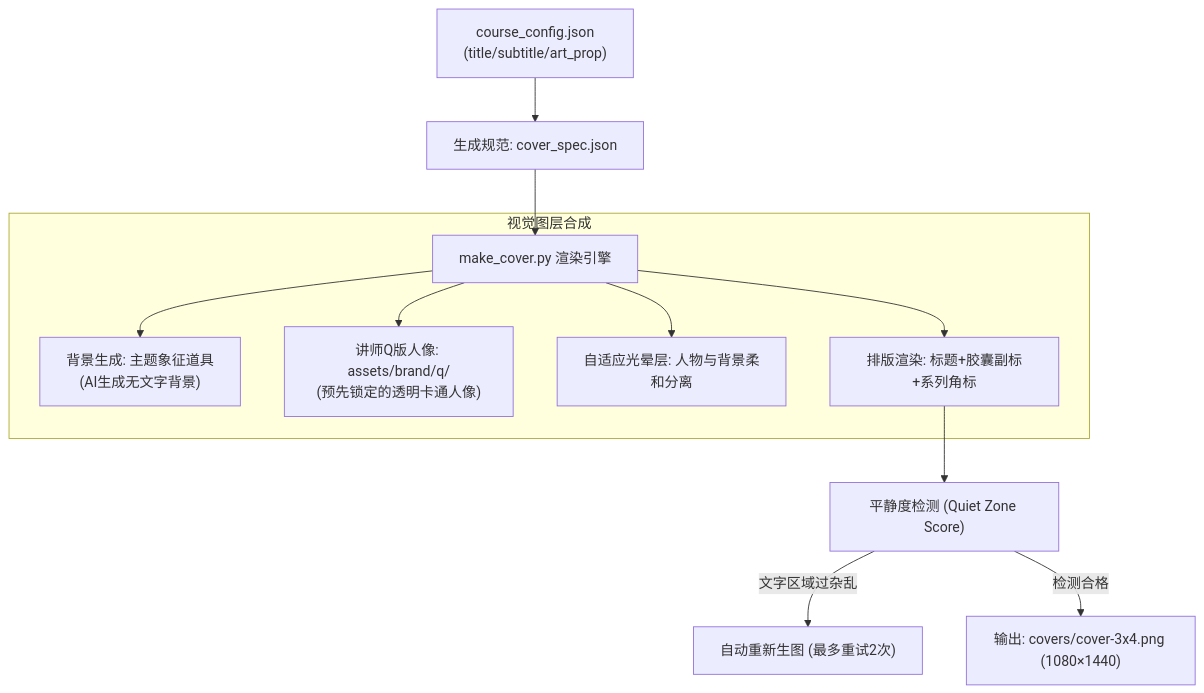
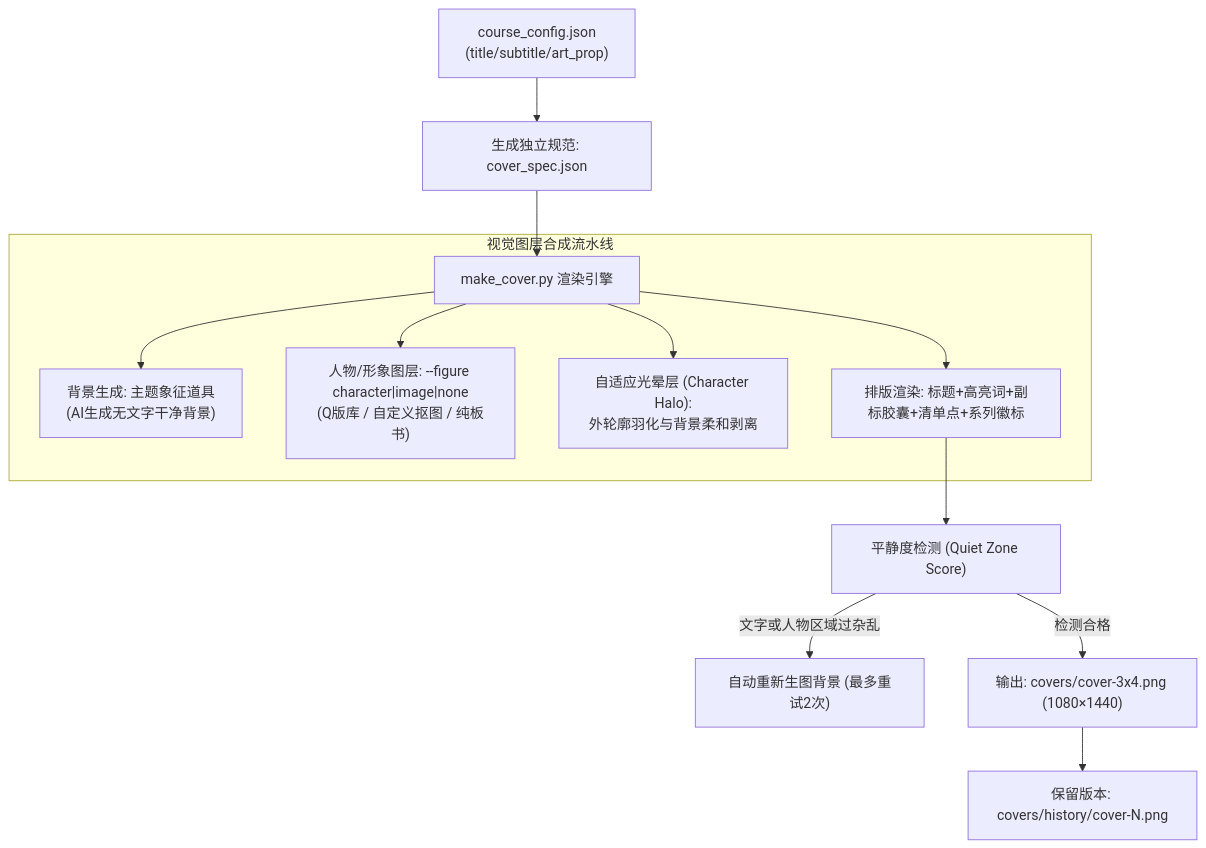
One commit to ponyletter/py310sphinx_knowledge changed the diagram in docs/source/courses/course_render_engine_and_dashboard/stage2_course_render_core_engine/02_voice_alignment_and_cover.md. Above: the diagram before and after it, drawn with Mermaid. The commit also changed other lines of this file and 3 other files, not shown here.

Commit message:
docs(course_render): supplement full-frame visual mode, title-free rule, character libraries, draft audit, and agent anti-ban governance

````diff
--- a/docs/source/courses/course_render_engine_and_dashboard/stage2_course_render_core_engine/02_voice_alignment_and_cover.md
+++ b/docs/source/courses/course_render_engine_and_dashboard/stage2_course_render_core_engine/02_voice_alignment_and_cover.md
@@ -67,16 +72,17 @@
 ```{mermaid}
 flowchart TD
-    Config["course_config.json<br/>(title/subtitle/art_prop)"] --> Spec["生成规范: cover_spec.json"]
+    Config["course_config.json<br/>(title/subtitle/art_prop)"] --> Spec["生成独立规范: cover_spec.json"]
     Spec --> Engine["make_cover.py 渲染引擎"]
     
-    subgraph 视觉图层合成
-        Engine --> Bg["背景生成: 主题象征道具<br/>(AI生成无文字背景)"]
-        Engine --> Avatar["讲师Q版人像: assets/brand/q/<br/>(预先锁定的透明卡通人像)"]
-        Engine --> Halo["自适应光晕层: 人物与背景柔和分离"]
-        Engine --> Typography["排版渲染: 标题+胶囊副标+系列角标"]
+    subgraph 视觉图层合成流水线
+        Engine --> Bg["背景生成: 主题象征道具<br/>(AI生成无文字干净背景)"]
+        Engine --> Figure["人物/形象图层: --figure character|image|none<br/>(Q版库 / 自定义抠图 / 纯板书)"]
+        Engine --> Halo["自适应光晕层 (Character Halo):<br/>外轮廓羽化与背景柔和剥离"]
+        Engine --> Typography["排版渲染: 标题+高亮词+副标胶囊+清单点+系列徽标"]
     end
     
     Typography --> Eval["平静度检测 (Quiet Zone Score)"]
-    Eval -->|文字区域过杂乱| Retry["自动重新生图 (最多重试2次)"]
+    Eval -->|文字或人物区域过杂乱| Retry["自动重新生图背景 (最多重试2次)"]
     Eval -->|检测合格| Out["输出: covers/cover-3x4.png (1080×1440)"]
+    Out --> History["保留版本: covers/history/cover-N.png"]
 ```
````
